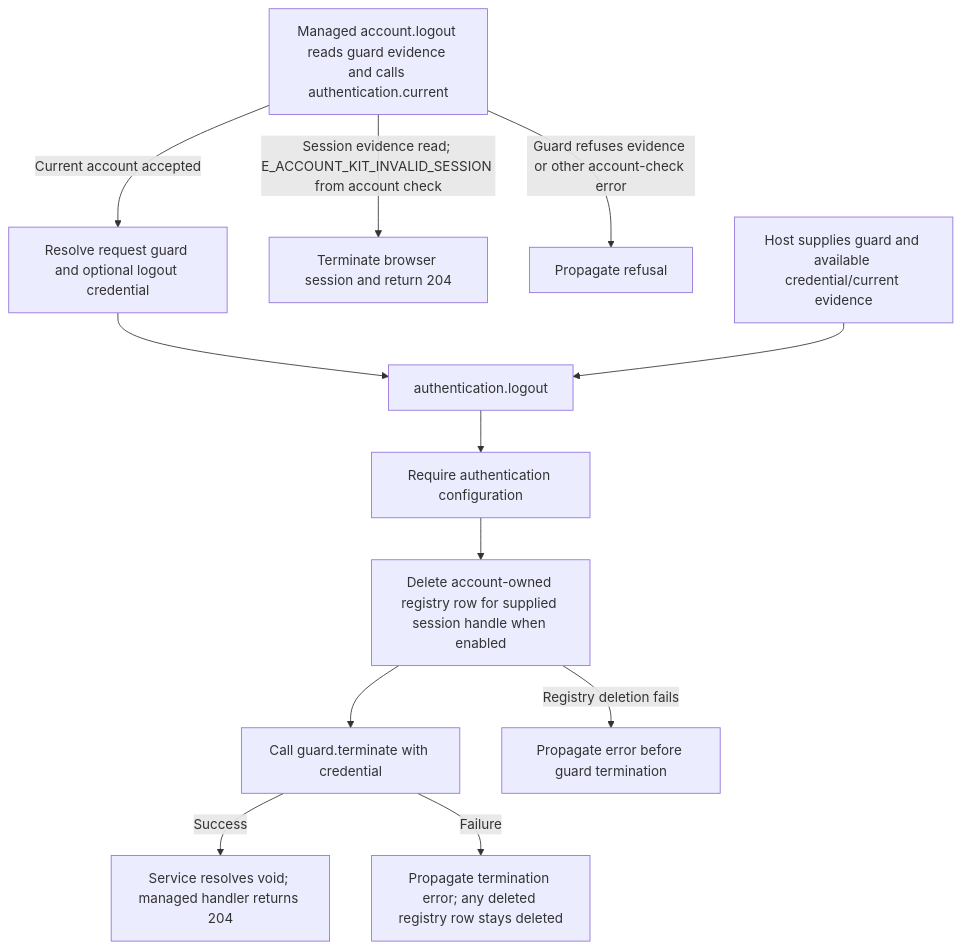
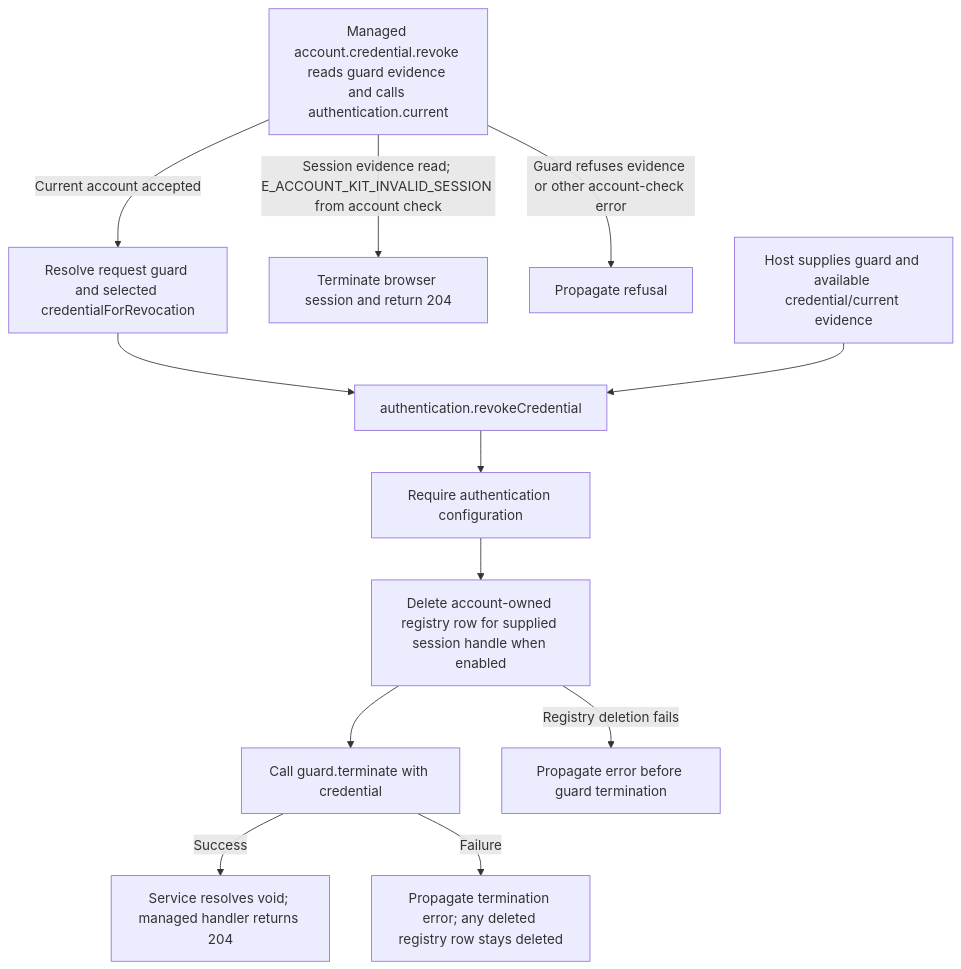
The second of 2 diagrams in user-stories/US-ACCOUNT-04-sign-out.md (Kevinjohn/oss-adonisjs-account-kit), drawn with Mermaid before and after one commit. The commit also changed other lines of this file and 7 other files, not shown here.

Commit message:
Verify managed credential forwarding and correct its documented contract

````diff
--- a/user-stories/US-ACCOUNT-04-sign-out.md
+++ b/user-stories/US-ACCOUNT-04-sign-out.md
@@ -30,14 +30,14 @@
 ```mermaid
 flowchart TD
-  M["Managed account.logout reads guard evidence and calls authentication.current"] -->|Current account accepted| N["Resolve request guard and optional logout credential"]
+  M["Managed account.credential.revoke reads guard evidence and calls authentication.current"] -->|Current account accepted| N["Resolve request guard and selected credentialForRevocation"]
   M -->|Session evidence read; E_ACCOUNT_KIT_INVALID_SESSION from account check| S["Terminate browser session and return 204"]
   M -->|Guard refuses evidence or other account-check error| X["Propagate refusal"]
-  N --> A["authentication.logout"]
+  N --> A["authentication.revokeCredential"]
   H["Host supplies guard and available credential/current evidence"] --> A
   A --> B["Require authentication configuration"]
   B --> C["Delete account-owned registry row for supplied session handle when enabled"]
   C --> D["Call guard.terminate with credential"]
   C -->|Registry deletion fails| F["Propagate error before guard termination"]
   D -->|Success| E["Service resolves void; managed handler returns 204"]
   D -->|Failure| G["Propagate termination error; any deleted registry row stays deleted"]
 ```
````
